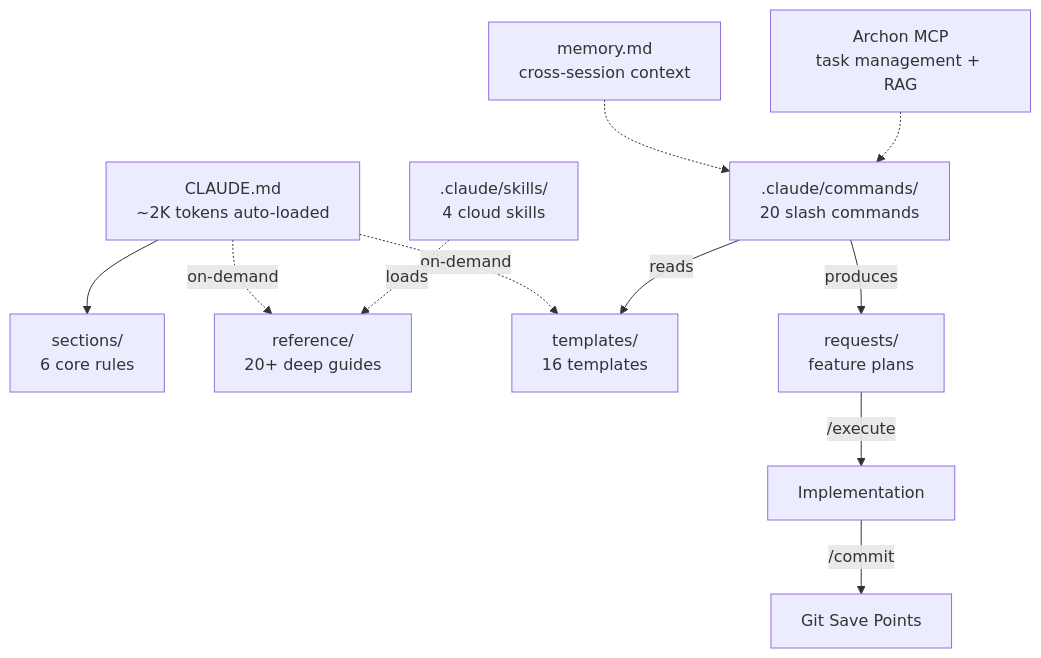
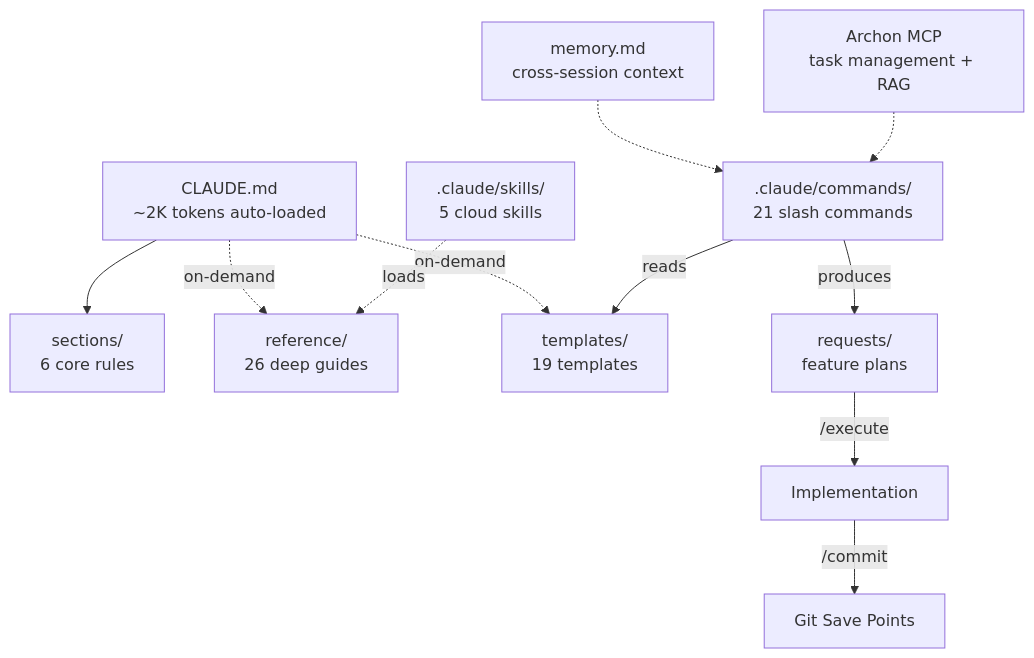
Before and after one commit to ryanjosebrosas/original-coding-system-claude: the second of 2 diagrams in README.md, drawn with Mermaid. The commit also changed other lines of this file and 42 other files, not shown here.

````diff
--- a/README.md
+++ b/README.md
@@ -46,17 +46,17 @@
 ```mermaid
 graph TD
     CLAUDE["CLAUDE.md<br/>~2K tokens auto-loaded"] --> S["sections/<br/>6 core rules"]
-    CLAUDE -.->|"on-demand"| R["reference/<br/>20+ deep guides"]
-    CLAUDE -.->|"on-demand"| T["templates/<br/>16 templates"]
+    CLAUDE -.->|"on-demand"| R["reference/<br/>26 deep guides"]
+    CLAUDE -.->|"on-demand"| T["templates/<br/>19 templates"]
 
-    CMD[".claude/commands/<br/>20 slash commands"] -->|"reads"| T
+    CMD[".claude/commands/<br/>21 slash commands"] -->|"reads"| T
     CMD -->|"produces"| REQ["requests/<br/>feature plans"]
 
-    SK[".claude/skills/<br/>4 cloud skills"] -.->|"loads"| R
+    SK[".claude/skills/<br/>5 cloud skills"] -.->|"loads"| R
 
     MEM["memory.md<br/>cross-session context"] -.-> CMD
     ARCHON["Archon MCP<br/>task management + RAG"] -.-> CMD
 
     REQ -->|"/execute"| IMPL["Implementation"]
     IMPL -->|"/commit"| GIT["Git Save Points"]
 ```
````
